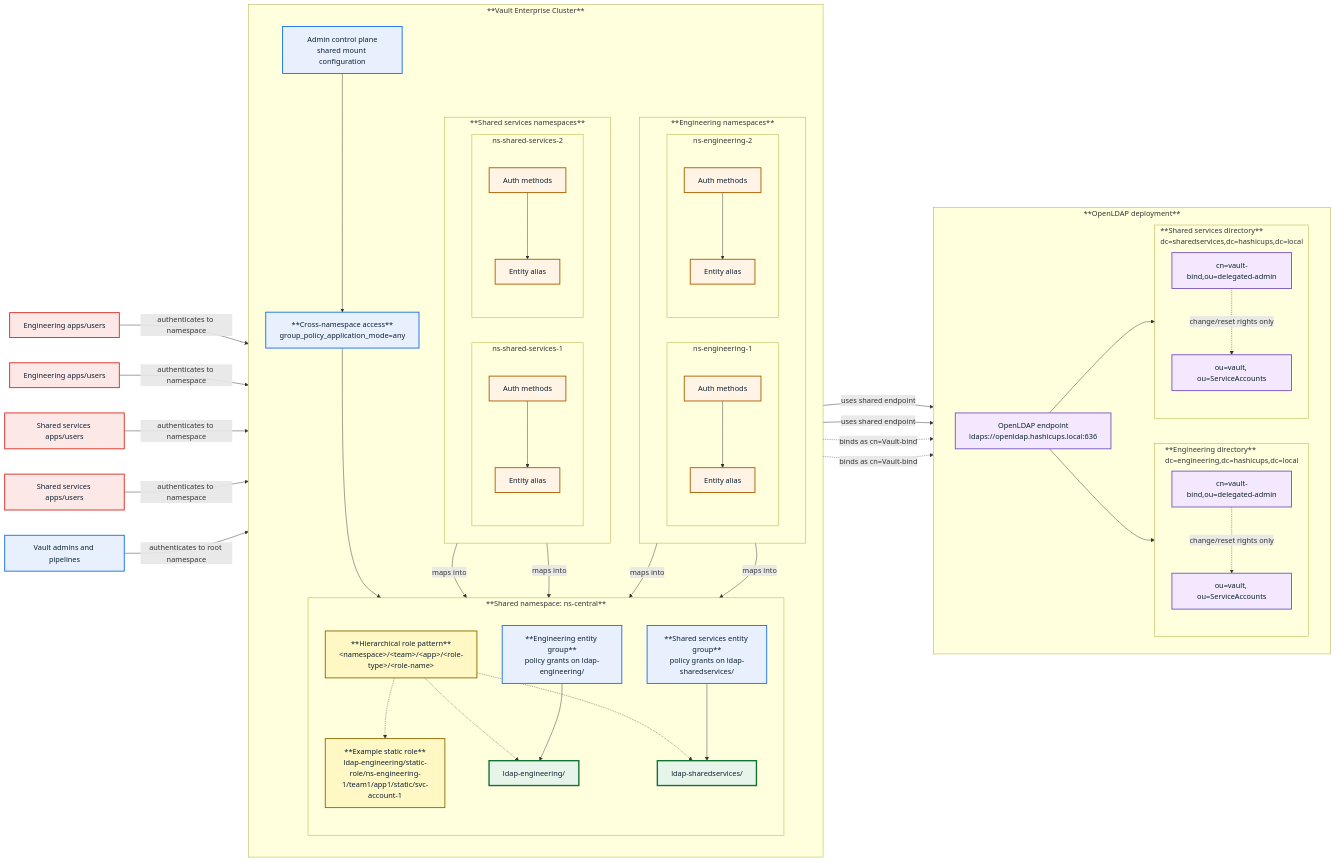
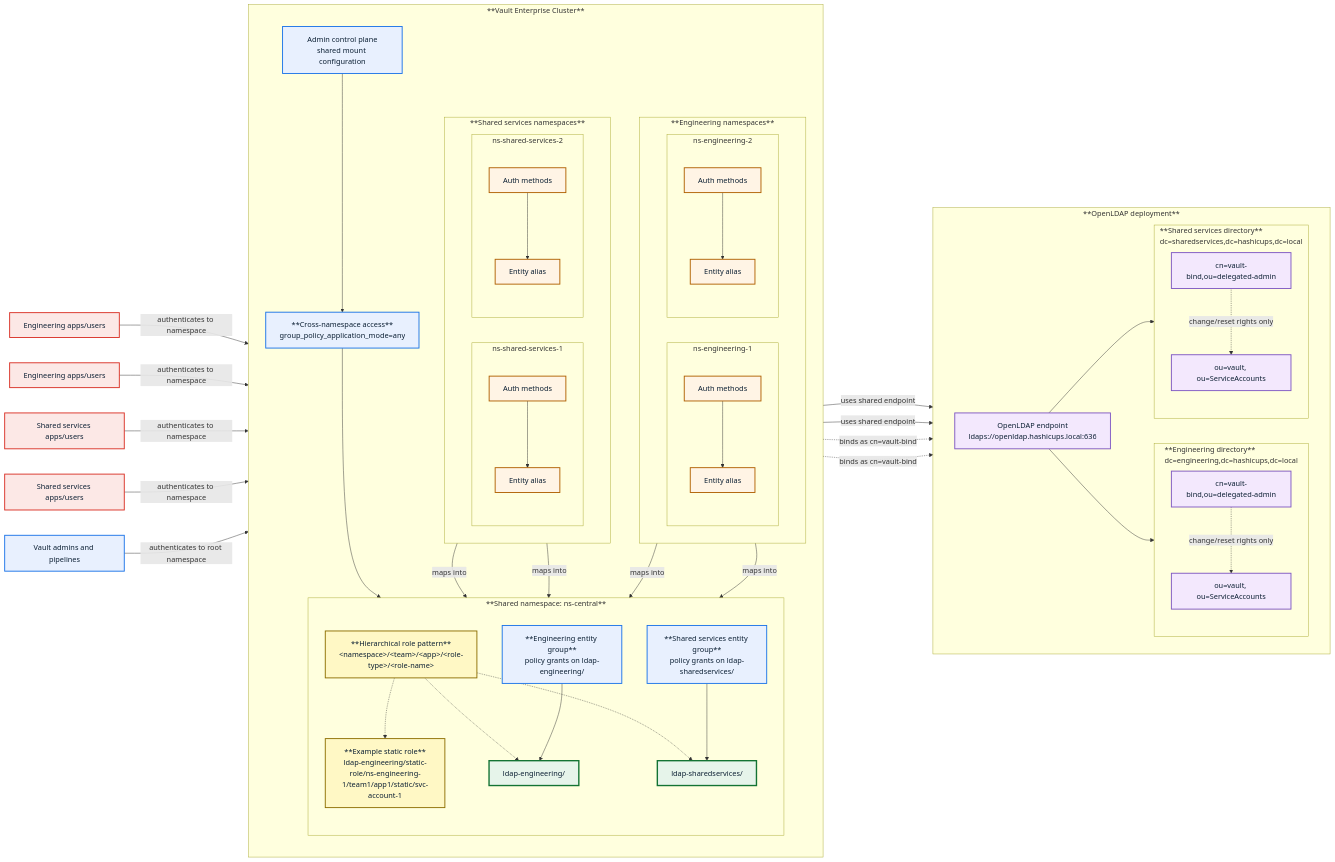
The diagram in designs/service-account-management-solution-with-hashicorp-vault.md (DarthVaderRC/vault-ldap-se), drawn with Mermaid before and after one commit. The commit also changed other lines of this file and 2 other files, not shown here.

```diff
--- a/designs/service-account-management-solution-with-hashicorp-vault.md
+++ b/designs/service-account-management-solution-with-hashicorp-vault.md
@@ -165,8 +200,8 @@
   ldapSvc -->|"uses shared endpoint"| ldapEndpoint
   ldapEng -->|"uses shared endpoint"| ldapEndpoint
 
-  ldapEng -. "binds as cn=Vault-bind" .-> engDelegatedOu
-  ldapSvc -. "binds as cn=Vault-bind" .-> svcDelegatedOu
+  ldapEng -. "binds as cn=vault-bind" .-> engDelegatedOu
+  ldapSvc -. "binds as cn=vault-bind" .-> svcDelegatedOu
 
   class root,gpamode,engGroup,svcGroup,vaultAdminActor control;
   class ldapEng,ldapSvc shared;
```
